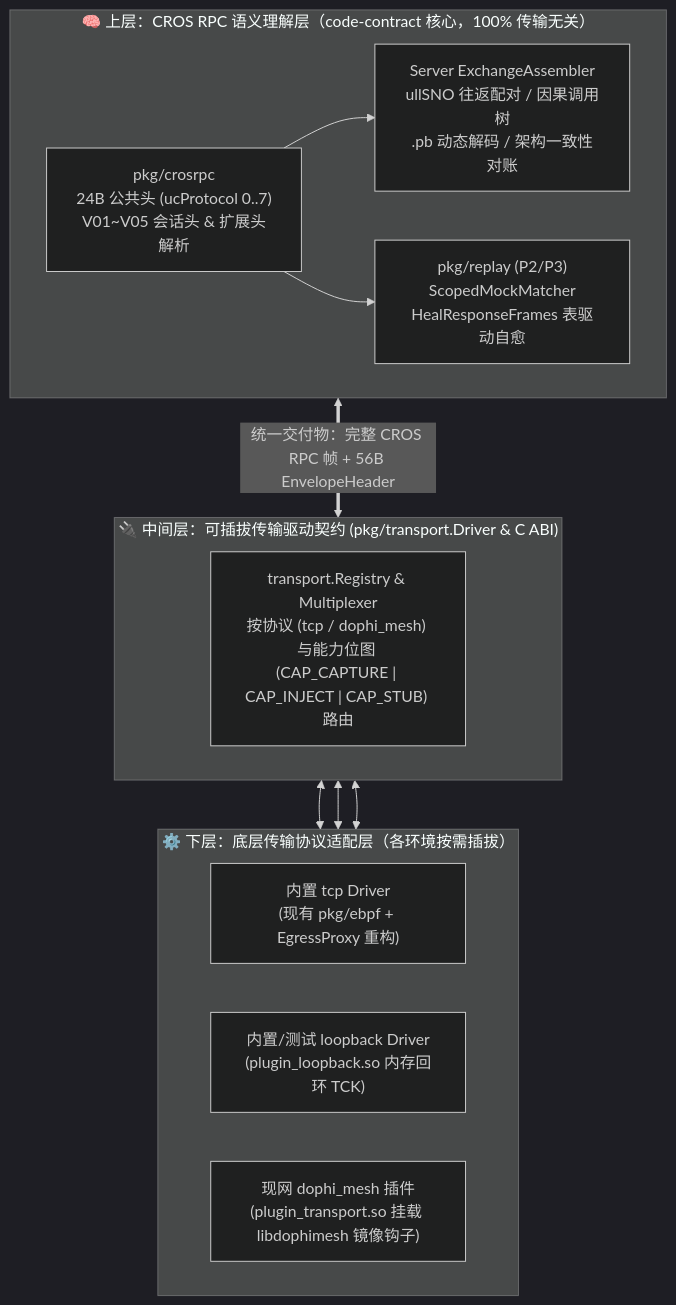
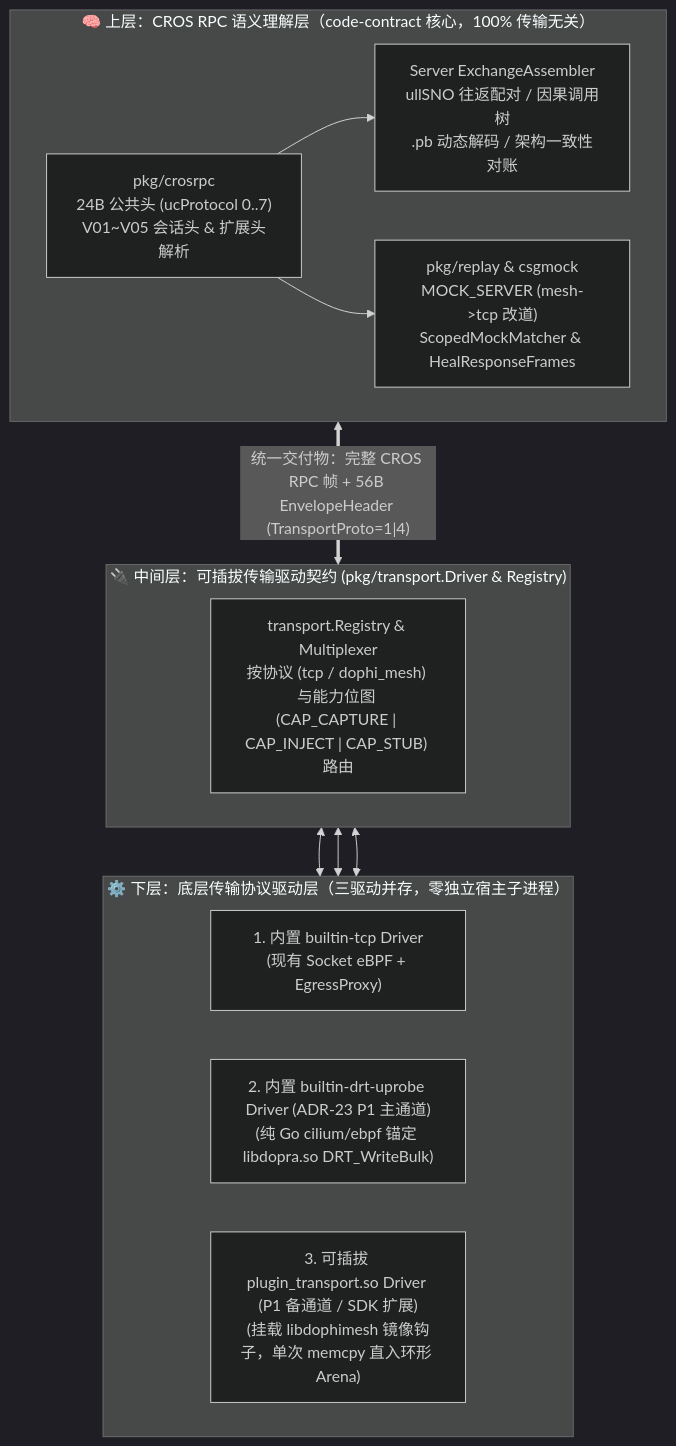
One commit to fugui/code-contract changed the diagram in docs/05-adr/22-pluggable-transport-driver-and-mesh-capture-adr.md. Above: the diagram before and after it, drawn with Mermaid (dark theme). The commit also changed other lines of this file and 3 other files, not shown here.

Commit message:
docs(adr): 协同修订 ADR-22 v1.1.0 并正式纳管 ADR-23 DRT uprobe 旁路采集规范

````diff
--- a/docs/05-adr/22-pluggable-transport-driver-and-mesh-capture-adr.md
+++ b/docs/05-adr/22-pluggable-transport-driver-and-mesh-capture-adr.md
@@ -52,27 +50,27 @@
 ```mermaid
 flowchart TB
     subgraph Semantic["🧠 上层：CROS RPC 语义理解层（code-contract 核心，100% 传输无关）"]
         direction LR
         S1["pkg/crosrpc<br/>24B 公共头 (ucProtocol 0..7)<br/>V01~V05 会话头 & 扩展头解析"]
         S2["Server ExchangeAssembler<br/>ullSNO 往返配对 / 因果调用树<br/>.pb 动态解码 / 架构一致性对账"]
-        S3["pkg/replay (P2/P3)<br/>ScopedMockMatcher<br/>HealResponseFrames 表驱动自愈"]
+        S3["pkg/replay & csgmock<br/>MOCK_SERVER (mesh->tcp 改道)<br/>ScopedMockMatcher & HealResponseFrames"]
         S1 --> S2
         S1 --> S3
     end
 
-    subgraph Abstraction["🔌 中间层：可插拔传输驱动契约 (pkg/transport.Driver & C ABI)"]
+    subgraph Abstraction["🔌 中间层：可插拔传输驱动契约 (pkg/transport.Driver & Registry)"]
         REG["transport.Registry & Multiplexer<br/>按协议 (tcp / dophi_mesh) 与能力位图 (CAP_CAPTURE | CAP_INJECT | CAP_STUB) 路由"]
     end
 
-    subgraph Transports["⚙️ 下层：底层传输协议适配层（各环境按需插拔）"]
+    subgraph Transports["⚙️ 下层：底层传输协议驱动层（三驱动并存，零独立宿主子进程）"]
         direction LR
-        T_TCP["内置 tcp Driver<br/>(现有 pkg/ebpf + EgressProxy 重构)"]
-        T_LOOP["内置/测试 loopback Driver<br/>(plugin_loopback.so 内存回环 TCK)"]
-        T_MESH["现网 dophi_mesh 插件<br/>(plugin_transport.so 挂载 libdophimesh 镜像钩子)"]
+        T_TCP["1. 内置 builtin-tcp Driver<br/>(现有 Socket eBPF + EgressProxy)"]
+        T_UPROBE["2. 内置 builtin-drt-uprobe Driver (ADR-23 P1 主通道)<br/>(纯 Go cilium/ebpf 锚定 libdopra.so DRT_WriteBulk)"]
+        T_PLUGIN["3. 可插拔 plugin_transport.so Driver (P1 备通道 / SDK 扩展)<br/>(挂载 libdophimesh 镜像钩子，单次 memcpy 直入环形 Arena)"]
     end
 
-    Semantic <== "统一交付物：完整 CROS RPC 帧 + 56B EnvelopeHeader" ==> Abstraction
+    Semantic <== "统一交付物：完整 CROS RPC 帧 + 56B EnvelopeHeader (TransportProto=1|4)" ==> Abstraction
     Abstraction <--> T_TCP
-    Abstraction <--> T_LOOP
-    Abstraction <--> T_MESH
+    Abstraction <--> T_UPROBE
+    Abstraction <--> T_PLUGIN
 ```
````
